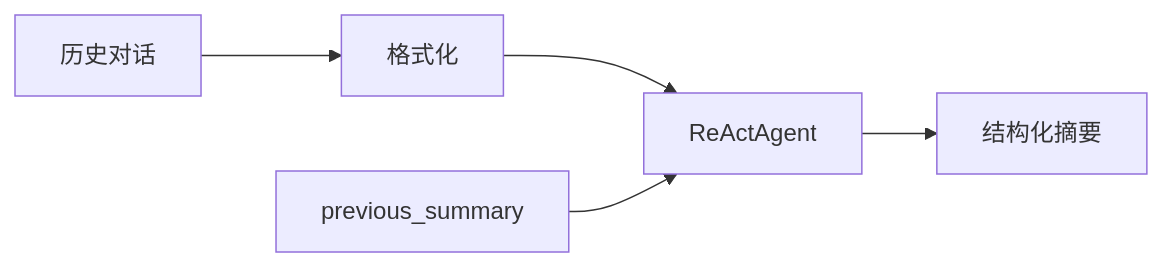
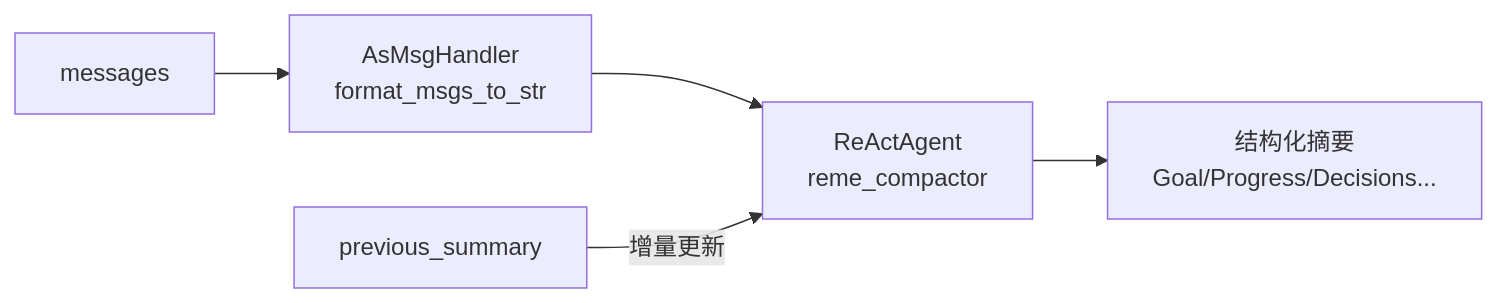
One commit to agentscope-ai/ReMe changed the third of 9 diagrams in README_ZH.md. Above: the diagram before and after it, drawn with Mermaid. The commit also changed other lines of this file, not shown here.

Commit message:
docs(readme): update Chinese documentation with enhanced memory management diagrams

````diff
--- a/README_ZH.md
+++ b/README_ZH.md
@@ -211,7 +212,7 @@
 ```mermaid
 graph LR
-    H[历史对话] --> F[格式化]
-    F --> A[ReActAgent]
-    P[previous_summary] --> A
-    A --> S[结构化摘要]
+    M[messages] --> H[AsMsgHandler<br>format_msgs_to_str]
+    H --> A[ReActAgent<br>reme_compactor]
+    P[previous_summary] -->|增量更新| A
+    A --> S[结构化摘要<br>Goal/Progress/Decisions...]
 ```
````
